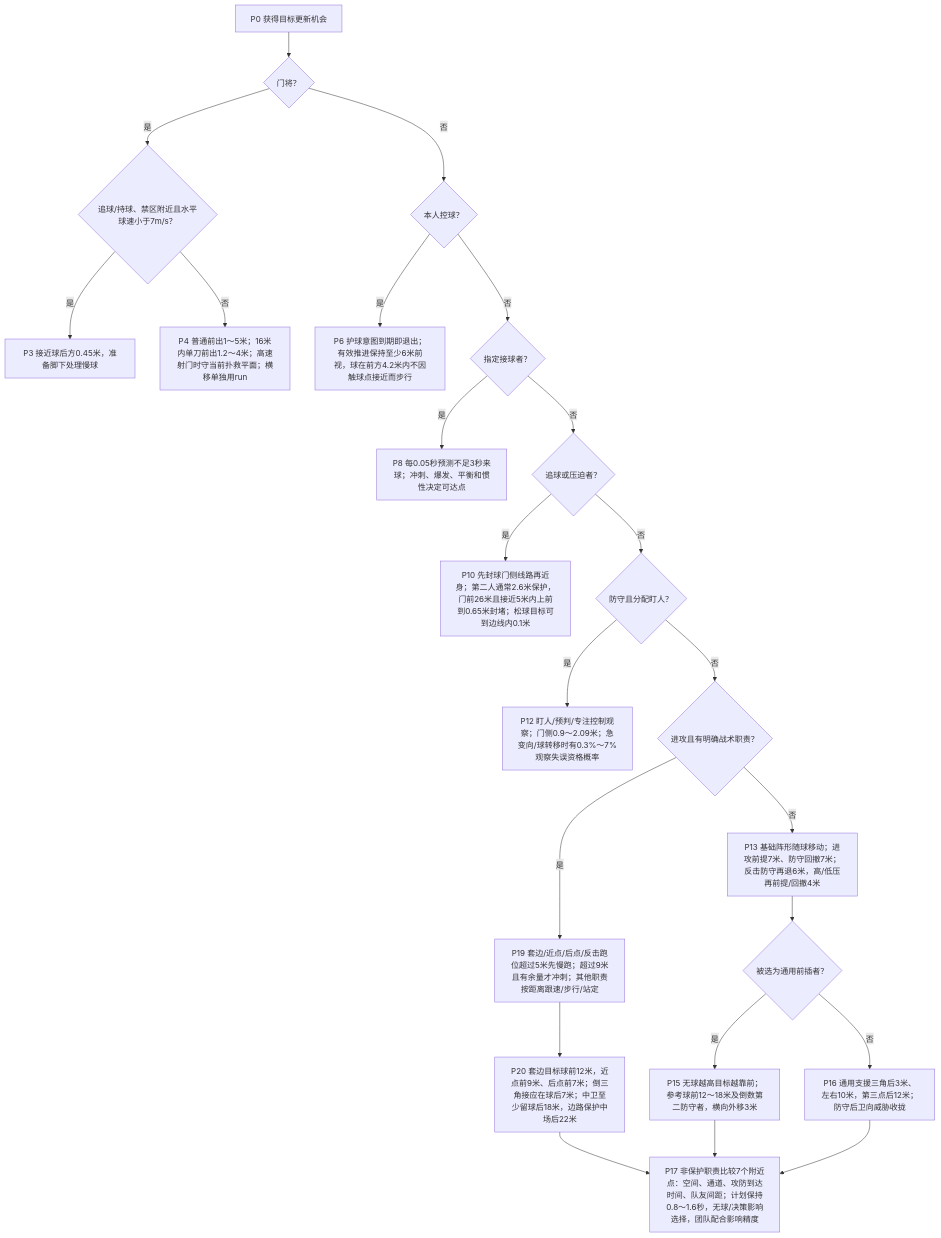
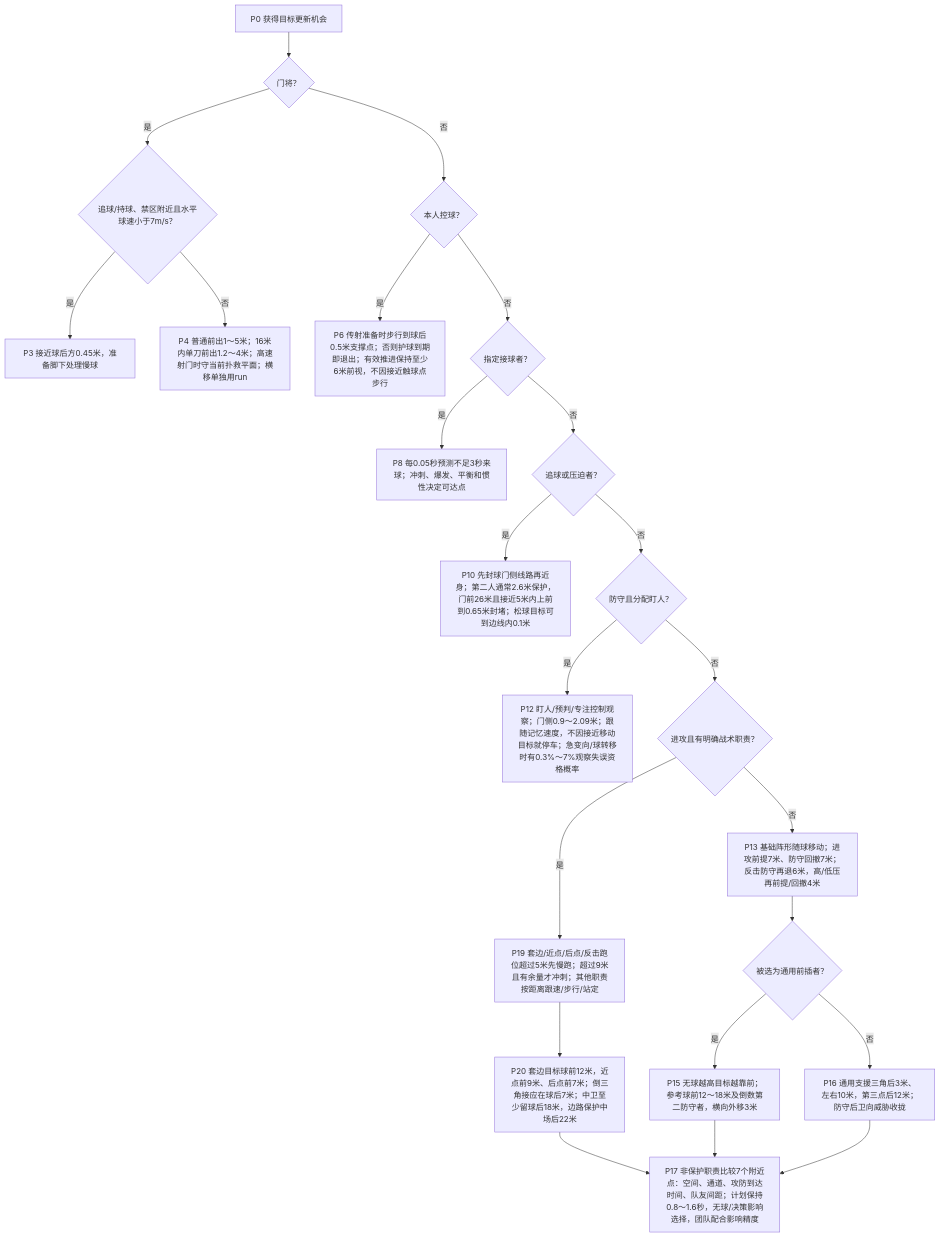
Before and after one commit to sixu3575/touchline-manager: the third of 7 diagrams in packages/shared/modules/matches/design/PLAYER_DECISION_MAP.md, drawn with Mermaid. The commit also changed other lines of this file and 30 other files, not shown here.

````diff
--- a/packages/shared/modules/matches/design/PLAYER_DECISION_MAP.md
+++ b/packages/shared/modules/matches/design/PLAYER_DECISION_MAP.md
@@ -128,25 +130,25 @@
 ```mermaid
 flowchart TD
   P0["P0 获得目标更新机会"] --> P1{"门将？"}
   P1 -->|是| P2{"追球/持球、禁区附近且水平球速小于7m/s？"}
   P2 -->|是| P3["P3 接近球后方0.45米，准备脚下处理慢球"]
   P2 -->|否| P4["P4 普通前出1～5米；16米内单刀前出1.2～4米；高速射门时守当前扑救平面；横移单独用run"]
   P1 -->|否| P5{"本人控球？"}
-  P5 -->|是| P6["P6 护球意图到期即退出；有效推进保持至少6米前视，球在前方4.2米内不因触球点接近而步行"]
+  P5 -->|是| P6["P6 传射准备时步行到球后0.5米支撑点；否则护球到期即退出；有效推进保持至少6米前视，不因接近触球点步行"]
   P5 -->|否| P7{"指定接球者？"}
   P7 -->|是| P8["P8 每0.05秒预测不足3秒来球；冲刺、爆发、平衡和惯性决定可达点"]
   P7 -->|否| P9{"追球或压迫者？"}
   P9 -->|是| P10["P10 先封球门侧线路再近身；第二人通常2.6米保护，门前26米且接近5米内上前到0.65米封堵；松球目标可到边线内0.1米"]
   P9 -->|否| P11{"防守且分配盯人？"}
-  P11 -->|是| P12["P12 盯人/预判/专注控制观察；门侧0.9～2.09米；急变向/球转移时有0.3%～7%观察失误资格概率"]
+  P11 -->|是| P12["P12 盯人/预判/专注控制观察；门侧0.9～2.09米；跟随记忆速度，不因接近移动目标就停车；急变向/球转移时有0.3%～7%观察失误资格概率"]
   P11 -->|否| P18{"进攻且有明确战术职责？"}
   P18 -->|是| P19["P19 套边/近点/后点/反击跑位超过5米先慢跑；超过9米且有余量才冲刺；其他职责按距离跟速/步行/站定"]
   P19 --> P20["P20 套边目标球前12米，近点前9米、后点前7米；倒三角接应在球后7米；中卫至少留球后18米，边路保护中场后22米"]
   P20 --> P17["P17 非保护职责比较7个附近点：空间、通道、攻防到达时间、队友间距；计划保持0.8～1.6秒，无球/决策影响选择，团队配合影响精度"]
   P18 -->|否| P13["P13 基础阵形随球移动；进攻前提7米、防守回撤7米；反击防守再退6米，高/低压再前提/回撤4米"]
   P13 --> P14{"被选为通用前插者？"}
   P14 -->|是| P15["P15 无球越高目标越靠前；参考球前12～18米及倒数第二防守者，横向外移3米"]
   P14 -->|否| P16["P16 通用支援三角后3米、左右10米，第三点后12米；防守后卫向威胁收拢"]
   P15 --> P17
   P16 --> P17
 ```
````
